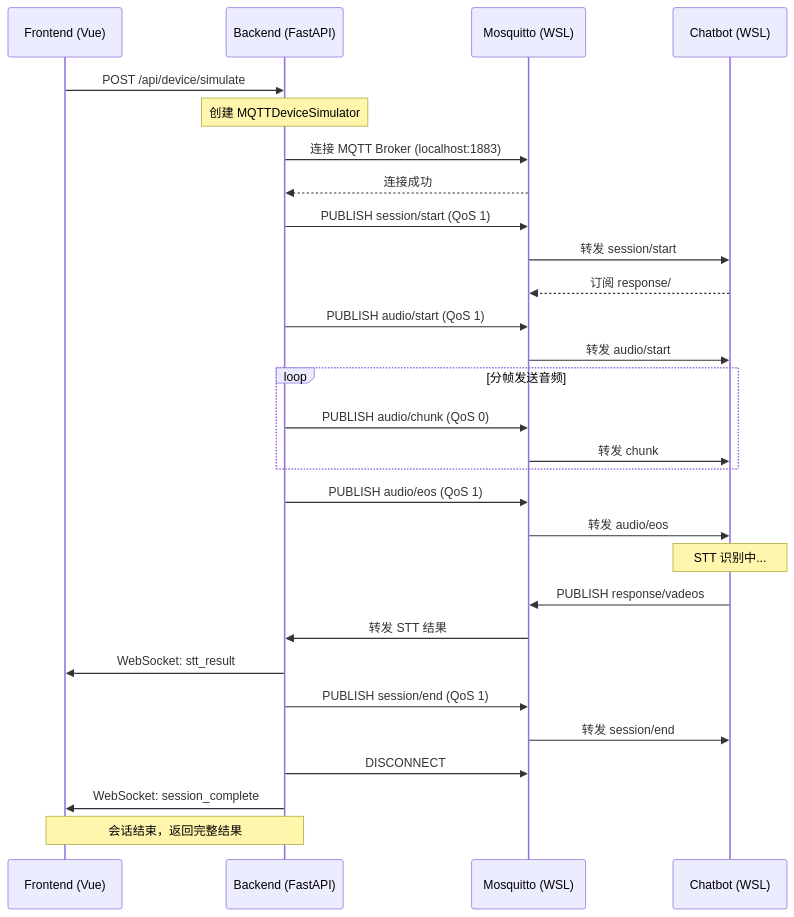
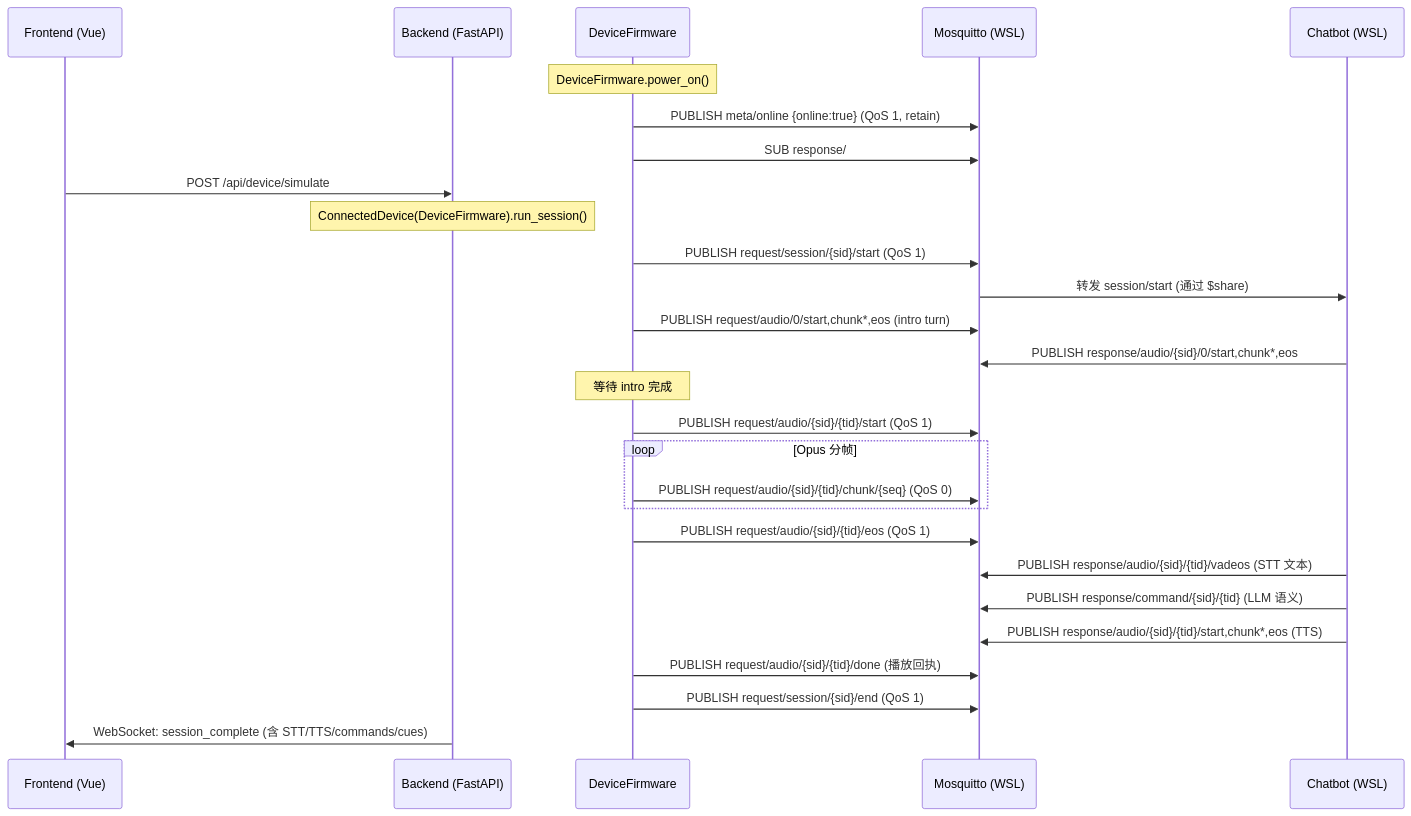
Before and after one commit to zebbingo/resonova: the second of 2 diagrams in backend/docs/MQTT_SIMULATION.md, drawn with Mermaid. The commit also changed other lines of this file and 3 other files, not shown here.

First line of the commit message:
fix: MQTT device simulation improvements

````diff
--- a/backend/docs/MQTT_SIMULATION.md
+++ b/backend/docs/MQTT_SIMULATION.md
@@ -50,40 +77,36 @@
 ```mermaid
 sequenceDiagram
     participant F as Frontend (Vue)
     participant B as Backend (FastAPI)
+    participant D as DeviceFirmware
     participant M as Mosquitto (WSL)
     participant C as Chatbot (WSL)
     
+    Note over D: DeviceFirmware.power_on()
+    D->>M: PUBLISH meta/online {online:true} (QoS 1, retain)
+    D->>M: SUB response/#, state/desired, ota/desired
+    
     F->>B: POST /api/device/simulate
-    Note over B: 创建 MQTTDeviceSimulator
-    B->>M: 连接 MQTT Broker (localhost:1883)
-    M-->>B: 连接成功
+    Note over B: ConnectedDevice(DeviceFirmware).run_session()
     
-    B->>M: PUBLISH session/start (QoS 1)
-    M->>C: 转发 session/start
-    C-->>M: 订阅 response/#
+    D->>M: PUBLISH request/session/{sid}/start (QoS 1)
+    M->>C: 转发 session/start (通过 $share)
+    D->>M: PUBLISH request/audio/0/start,chunk*,eos (intro turn)
+    C->>M: PUBLISH response/audio/{sid}/0/start,chunk*,eos
+    Note over D: 等待 intro 完成
     
-    B->>M: PUBLISH audio/start (QoS 1)
-    M->>C: 转发 audio/start
+    D->>M: PUBLISH request/audio/{sid}/{tid}/start (QoS 1)
+    loop Opus 分帧
+        D->>M: PUBLISH request/audio/{sid}/{tid}/chunk/{seq} (QoS 0)
+    end
+    D->>M: PUBLISH request/audio/{sid}/{tid}/eos (QoS 1)
     
-    loop 分帧发送音频
-        B->>M: PUBLISH audio/chunk (QoS 0)
-        M->>C: 转发 chunk
-    end
+    C->>M: PUBLISH response/audio/{sid}/{tid}/vadeos (STT 文本)
+    C->>M: PUBLISH response/command/{sid}/{tid} (LLM 语义)
+    C->>M: PUBLISH response/audio/{sid}/{tid}/start,chunk*,eos (TTS)
+    D->>M: PUBLISH request/audio/{sid}/{tid}/done (播放回执)
     
-    B->>M: PUBLISH audio/eos (QoS 1)
-    M->>C: 转发 audio/eos
-    Note over C: STT 识别中...
+    D->>M: PUBLISH request/session/{sid}/end (QoS 1)
     
-    C->>M: PUBLISH response/vadeos
-    M->>B: 转发 STT 结果
-    B->>F: WebSocket: stt_result
-    
-    B->>M: PUBLISH session/end (QoS 1)
-    M->>C: 转发 session/end
-    
-    B->>M: DISCONNECT
-    B->>F: WebSocket: session_complete
-    
-    Note over F,B: 会话结束，返回完整结果
+    B->>F: WebSocket: session_complete (含 STT/TTS/commands/cues)
 ```
````
